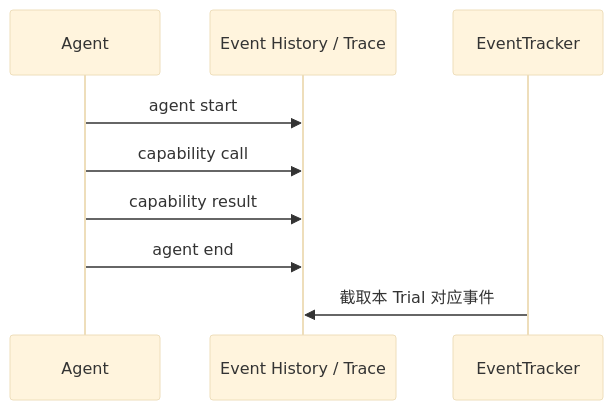
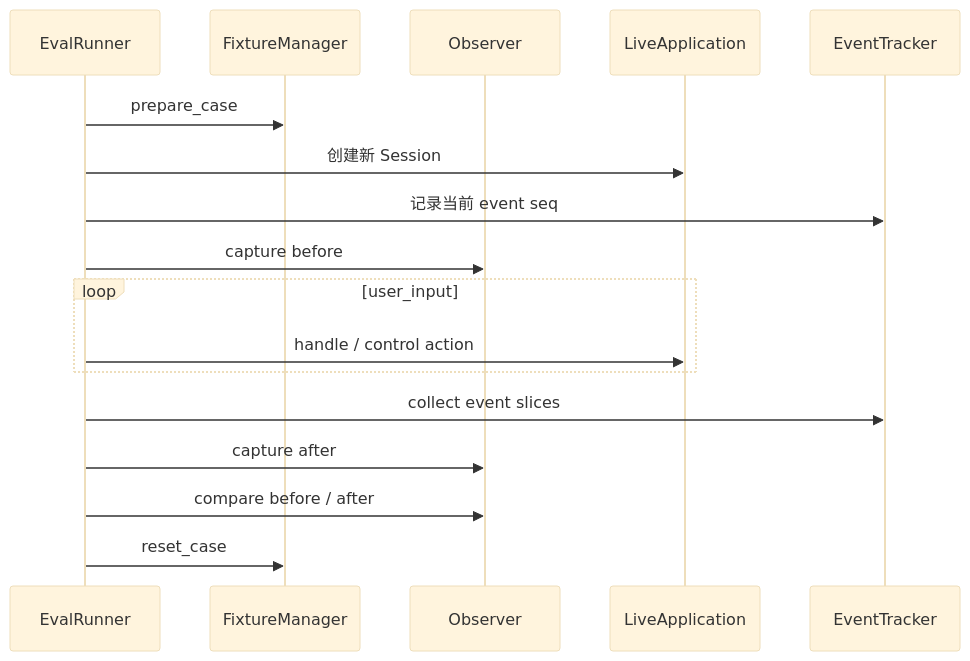
The sixth of 14 diagrams in docs/14-evaluation-design.md (Arthur999459up/GitAgent), drawn with Mermaid (base theme) before and after one commit. The commit also changed other lines of this file and 16 other files, not shown here.

````diff
--- a/docs/14-evaluation-design.md
+++ b/docs/14-evaluation-design.md
@@ -257,11 +368,20 @@
 ```mermaid
 sequenceDiagram
-    participant A as Agent
-    participant E as Event History / Trace
-    participant T as EventTracker
-    A->>E: agent start
-    A->>E: capability call
-    A->>E: capability result
-    A->>E: agent end
-    T->>E: 截取本 Trial 对应事件
+    participant R as EvalRunner
+    participant F as FixtureManager
+    participant O as Observer
+    participant A as LiveApplication
+    participant E as EventTracker
+
+    R->>F: prepare_case
+    R->>A: 创建新 Session
+    R->>E: 记录当前 event seq
+    R->>O: capture before
+    loop user_input
+        R->>A: handle / control action
+    end
+    R->>E: collect event slices
+    R->>O: capture after
+    R->>O: compare before / after
+    R->>F: reset_case
 ```
````
